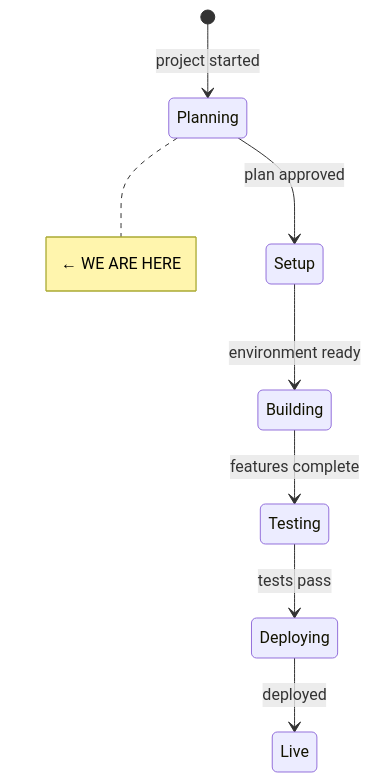
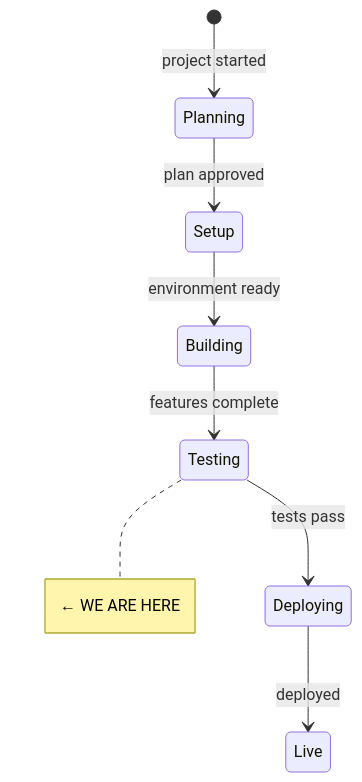
One commit to tomcwxyz/bearing changed the first of 2 diagrams in STATE.md. Above: the diagram before and after it, drawn with Mermaid. The commit also changed other lines of this file and 2 other files, not shown here.

````diff
--- a/STATE.md
+++ b/STATE.md
@@ -7,11 +7,11 @@
 ```mermaid
 stateDiagram-v2
     [*] --> Planning: project started
     Planning --> Setup: plan approved
     Setup --> Building: environment ready
     Building --> Testing: features complete
     Testing --> Deploying: tests pass
     Deploying --> Live: deployed
     
-    note right of Planning: ← WE ARE HERE
+    note right of Testing: ← WE ARE HERE
 ```
````
